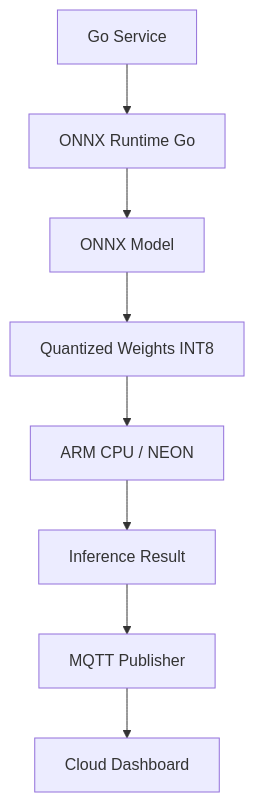
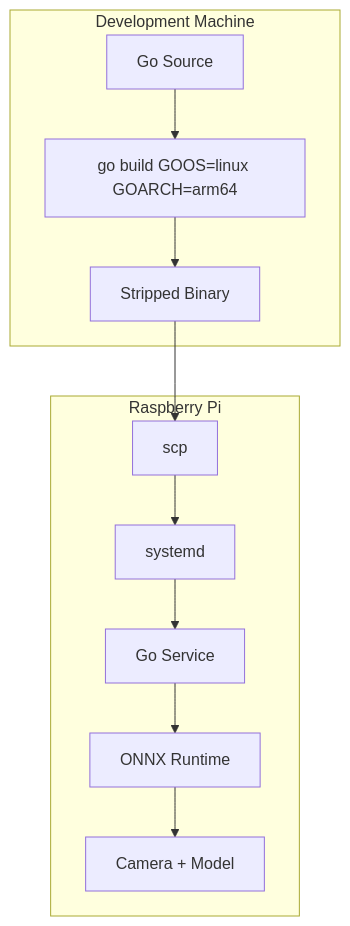
One commit to Leito2/Learning changed the third of 6 diagrams in Software Engineering/02 - Go Engineering/05 - Local AI with Go/06 - Edge AI Deployment with Go.md. Above: the diagram before and after it, drawn with Mermaid. The commit also changed other lines of this file and 41 other files, not shown here.

````diff
--- a/Software Engineering/02 - Go Engineering/05 - Local AI with Go/06 - Edge AI Deployment with Go.md
+++ b/Software Engineering/02 - Go Engineering/05 - Local AI with Go/06 - Edge AI Deployment with Go.md
@@ -153,10 +389,14 @@
 ```mermaid
 graph TD
-    A[Go Service] --> B[ONNX Runtime Go]
-    B --> C[ONNX Model]
-    C --> D[Quantized Weights INT8]
-    D --> E[ARM CPU / NEON]
-    E --> F[Inference Result]
-    F --> G[MQTT Publisher]
-    G --> H[Cloud Dashboard]
+    subgraph "Development Machine"
+        A[Go Source] --> B[go build GOOS=linux GOARCH=arm64]
+        B --> C[Stripped Binary]
+    end
+    C --> D[scp]
+    subgraph "Raspberry Pi"
+        D --> E[systemd]
+        E --> F[Go Service]
+        F --> G[ONNX Runtime]
+        G --> H[Camera + Model]
+    end
 ```
````
